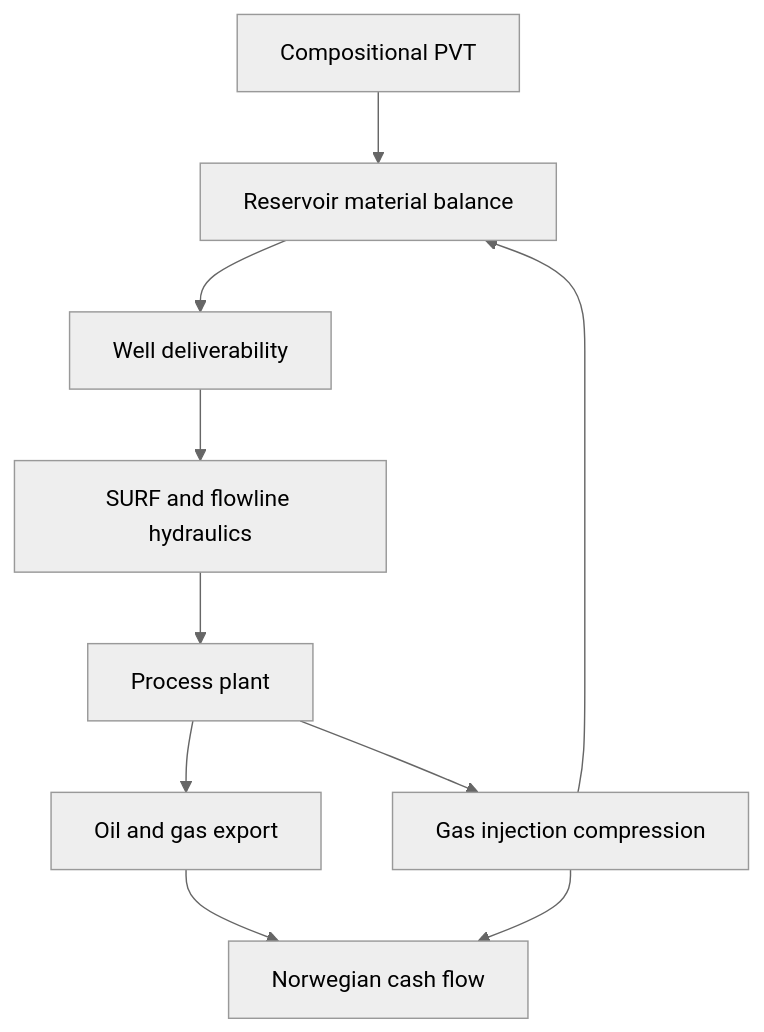
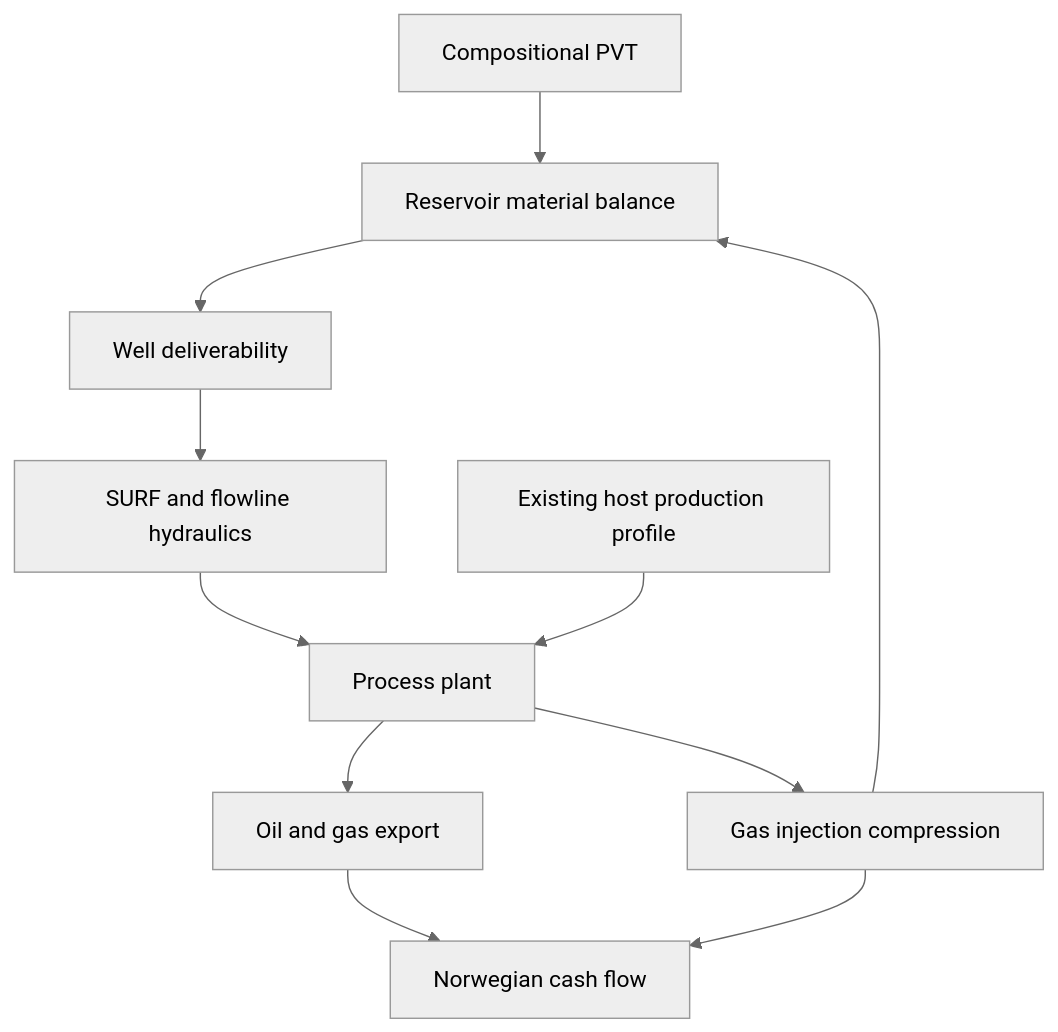
Before and after one commit to equinor/neqsim: the diagram in docs/fielddevelopment/FIELD_LIFECYCLE_SIMULATION.md, drawn with Mermaid (neutral theme). The commit also changed other lines of this file and 18 other files, not shown here.

````diff
--- a/docs/fielddevelopment/FIELD_LIFECYCLE_SIMULATION.md
+++ b/docs/fielddevelopment/FIELD_LIFECYCLE_SIMULATION.md
@@ -13,12 +13,13 @@
 ```mermaid
 flowchart TD
     A[Compositional PVT] --> B[Reservoir material balance]
     B --> C[Well deliverability]
     C --> D[SURF and flowline hydraulics]
     D --> E[Process plant]
+    I[Existing host production profile] --> E
     E --> F[Oil and gas export]
     E --> G[Gas injection compression]
     G --> B
     F --> H[Norwegian cash flow]
     G --> H
 ```
````
